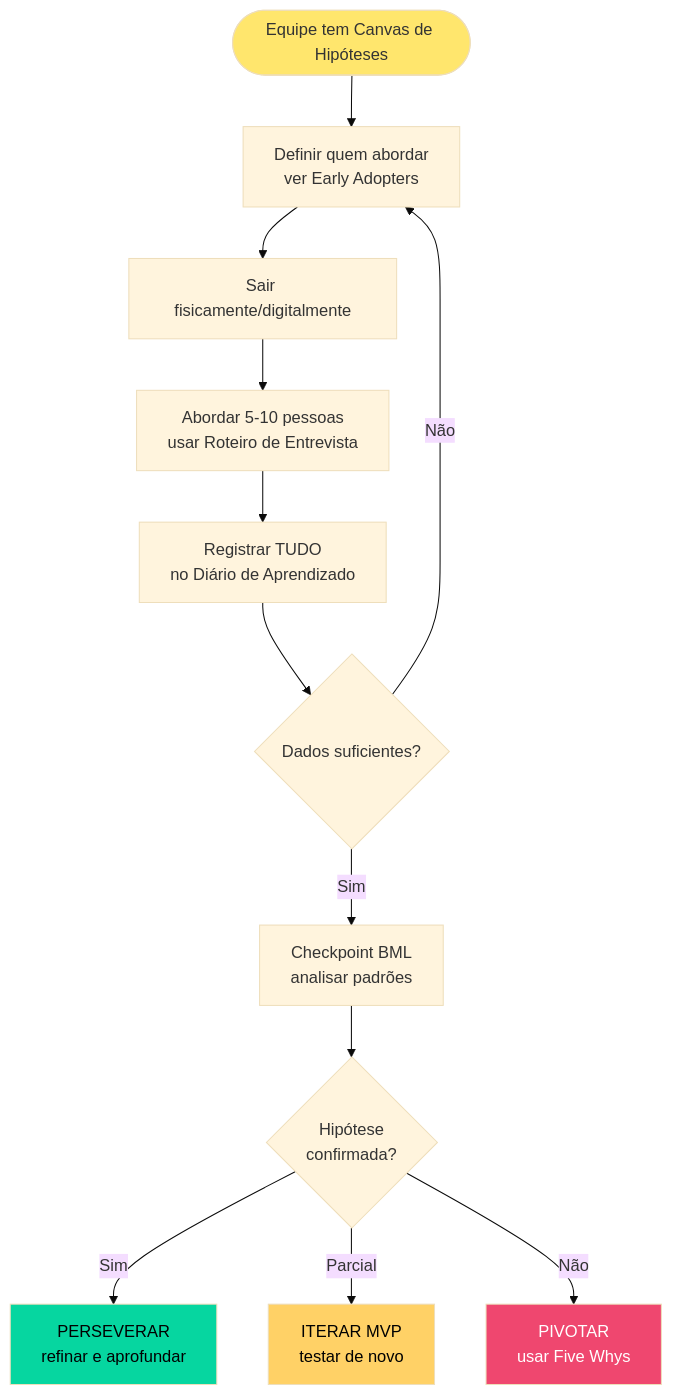
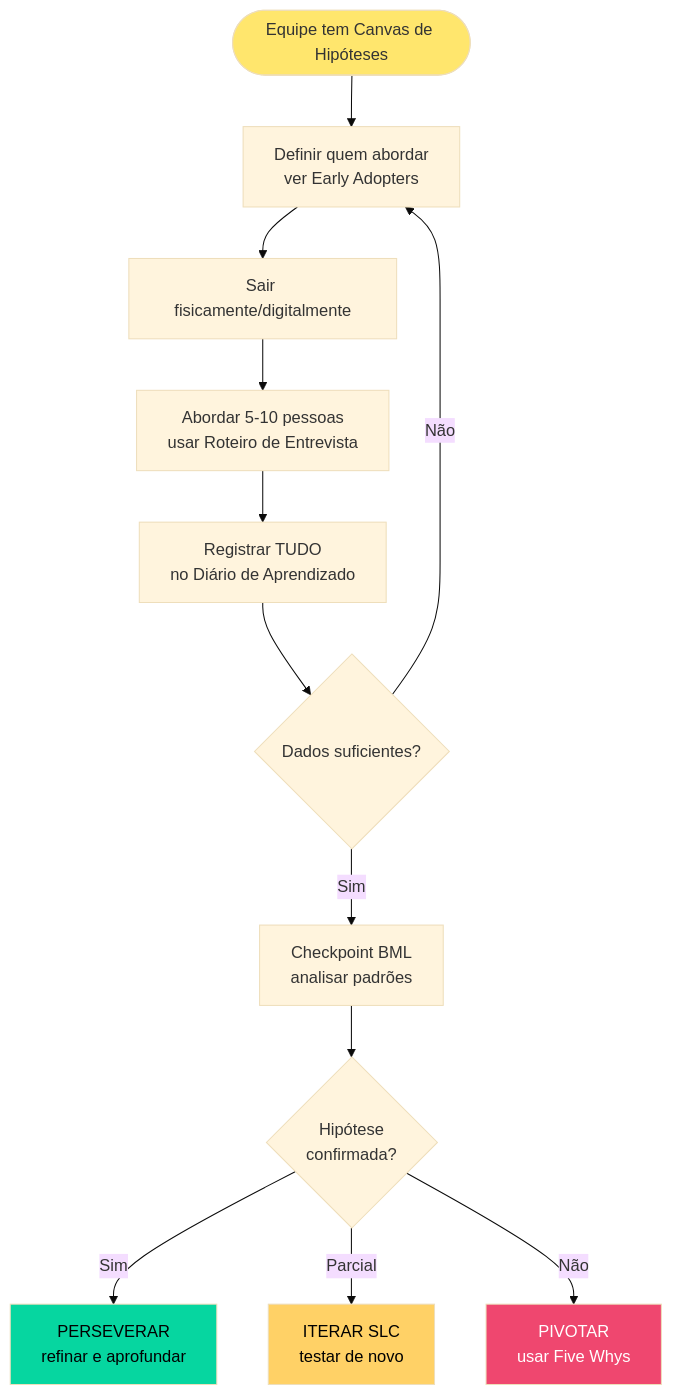
One commit to Boa-Thomas/StartupRush changed the seventh of 7 diagrams in StartupRush/Metodologia/Diagramas Visuais.md. Above: the diagram before and after it, drawn with Mermaid (base theme). The commit also changed other lines of this file and 33 other files, not shown here.

First line of the commit message:
refactor: replace MVP with SLC across all active methodology notes

````diff
--- a/StartupRush/Metodologia/Diagramas Visuais.md
+++ b/StartupRush/Metodologia/Diagramas Visuais.md
@@ -254,19 +254,19 @@
 ```mermaid
 flowchart TB
     Start([Equipe tem Canvas de Hipóteses]) --> Plan[Definir quem abordar<br/>ver Early Adopters]
     Plan --> Go[Sair fisicamente/digitalmente]
     Go --> Talk[Abordar 5-10 pessoas<br/>usar Roteiro de Entrevista]
     Talk --> Record[Registrar TUDO<br/>no Diário de Aprendizado]
     Record --> Check{Dados suficientes?}
     Check -->|Não| Plan
     Check -->|Sim| Analyze[Checkpoint BML<br/>analisar padrões]
     Analyze --> Decision{Hipótese<br/>confirmada?}
     Decision -->|Sim| Persevere[PERSEVERAR<br/>refinar e aprofundar]
-    Decision -->|Parcial| Iterate[ITERAR MVP<br/>testar de novo]
+    Decision -->|Parcial| Iterate[ITERAR SLC<br/>testar de novo]
     Decision -->|Não| Pivot[PIVOTAR<br/>usar Five Whys]
     
     style Start fill:#FFE66D
     style Persevere fill:#06D6A0,color:#000
     style Iterate fill:#FFD166,color:#000
     style Pivot fill:#EF476F,color:#fff
 ```
````
